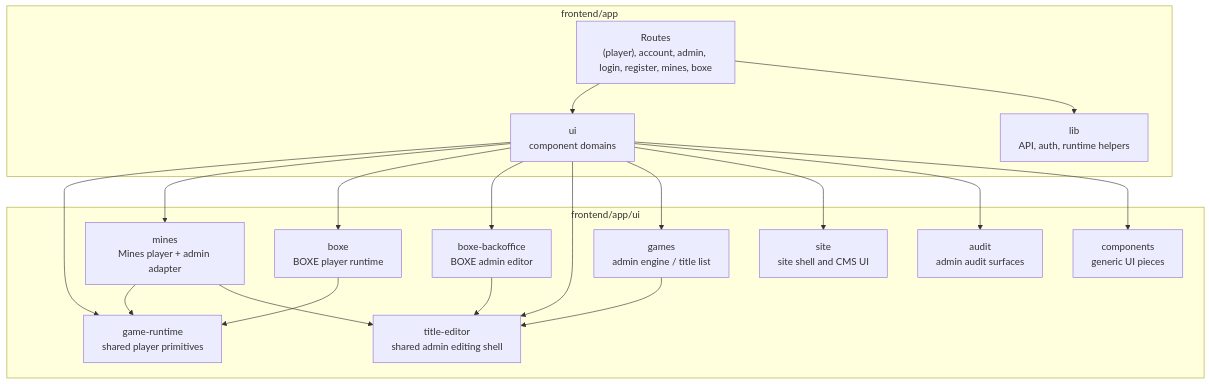
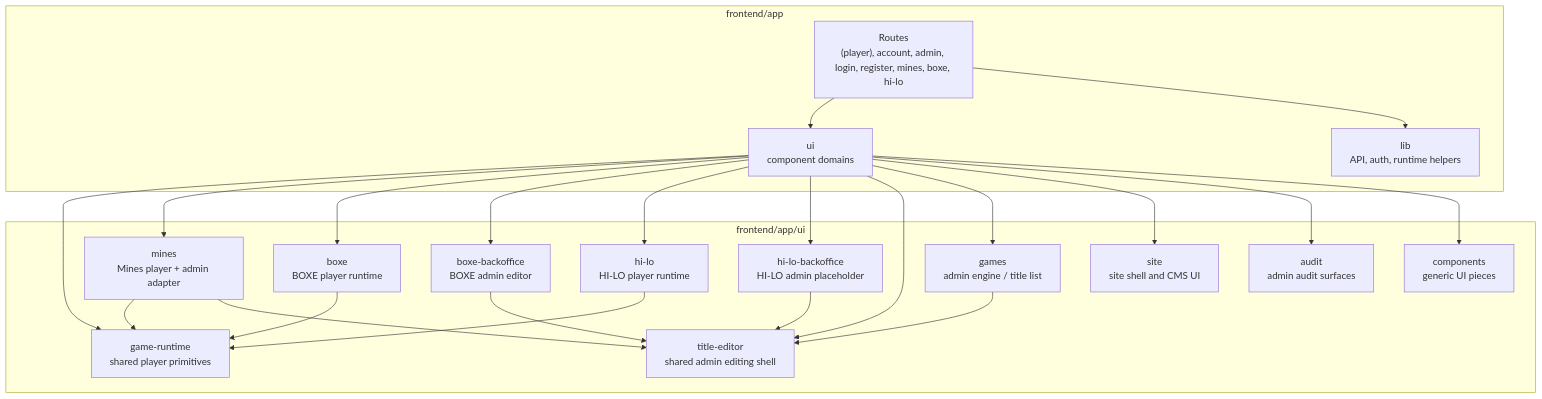
The second of 11 diagrams in docs/CODE_ARCHITECTURE_MERMAID_MAP_2026-05-22.md (moromike/casinoking-platform), drawn with Mermaid before and after one commit. The commit also changed other lines of this file and 17 other files, not shown here.

Commit message:
feat(hi-lo): add player runtime visual shell

````diff
--- a/docs/CODE_ARCHITECTURE_MERMAID_MAP_2026-05-22.md
+++ b/docs/CODE_ARCHITECTURE_MERMAID_MAP_2026-05-22.md
@@ -49,38 +49,44 @@
 ```mermaid
 flowchart TB
   subgraph App["frontend/app"]
-    Routes["Routes<br/>(player), account, admin, login, register, mines, boxe"]
+    Routes["Routes<br/>(player), account, admin, login, register, mines, boxe, hi-lo"]
     Lib["lib<br/>API, auth, runtime helpers"]
     UI["ui<br/>component domains"]
   end
 
   subgraph UIDomains["frontend/app/ui"]
     Runtime["game-runtime<br/>shared player primitives"]
     Mines["mines<br/>Mines player + admin adapter"]
     Boxe["boxe<br/>BOXE player runtime"]
     BoxeBO["boxe-backoffice<br/>BOXE admin editor"]
+    HiLo["hi-lo<br/>HI-LO player runtime"]
+    HiLoBO["hi-lo-backoffice<br/>HI-LO admin placeholder"]
     TitleEditor["title-editor<br/>shared admin editing shell"]
     GamesAdmin["games<br/>admin engine / title list"]
     Site["site<br/>site shell and CMS UI"]
     Audit["audit<br/>admin audit surfaces"]
     Components["components<br/>generic UI pieces"]
   end
 
   Routes --> UI
   Routes --> Lib
   UI --> Runtime
   UI --> Mines
   UI --> Boxe
   UI --> BoxeBO
+  UI --> HiLo
+  UI --> HiLoBO
   UI --> TitleEditor
   UI --> GamesAdmin
   UI --> Site
   UI --> Audit
   UI --> Components
 
   GamesAdmin --> TitleEditor
   Mines --> Runtime
   Boxe --> Runtime
+  HiLo --> Runtime
   Mines --> TitleEditor
   BoxeBO --> TitleEditor
+  HiLoBO --> TitleEditor
 ```
````
